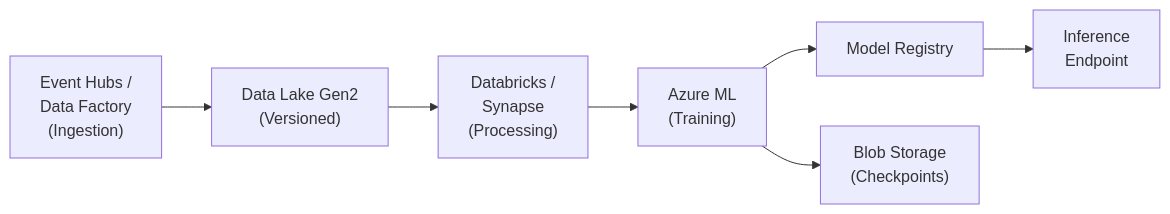
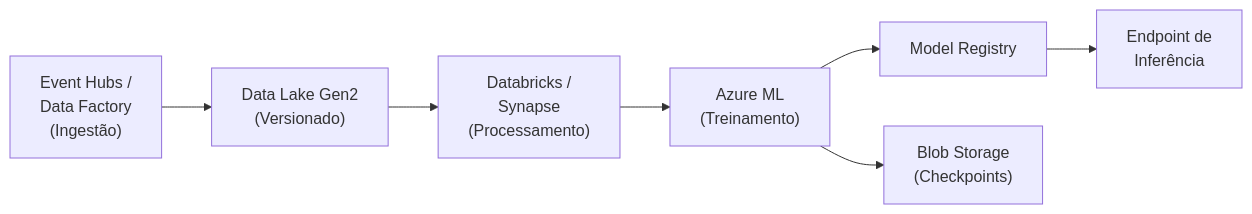
Before and after one commit to ricmmartins/ai-for-infra-pros: the second of 2 diagrams in docs/chapters/02-data.md, drawn with Mermaid. The commit also changed other lines of this file and 20 other files, not shown here.

````diff
--- a/docs/chapters/02-data.md
+++ b/docs/chapters/02-data.md
@@ -283,9 +283,9 @@
 ```mermaid
  graph LR
-       A["Event Hubs /<br/>Data Factory<br/>(Ingestion)"] --> B["Data Lake Gen2<br/>(Versioned)"]
-       B --> C["Databricks /<br/>Synapse<br/>(Processing)"]
-       C --> D["Azure ML<br/>(Training)"]
+       A["Event Hubs /<br/>Data Factory<br/>(Ingestão)"] --> B["Data Lake Gen2<br/>(Versionado)"]
+       B --> C["Databricks /<br/>Synapse<br/>(Processamento)"]
+       C --> D["Azure ML<br/>(Treinamento)"]
        D --> E["Model Registry"]
-       E --> F["Inference<br/>Endpoint"]
+       E --> F["Endpoint de<br/>Inferência"]
        D --> G["Blob Storage<br/>(Checkpoints)"]
 ```
````
